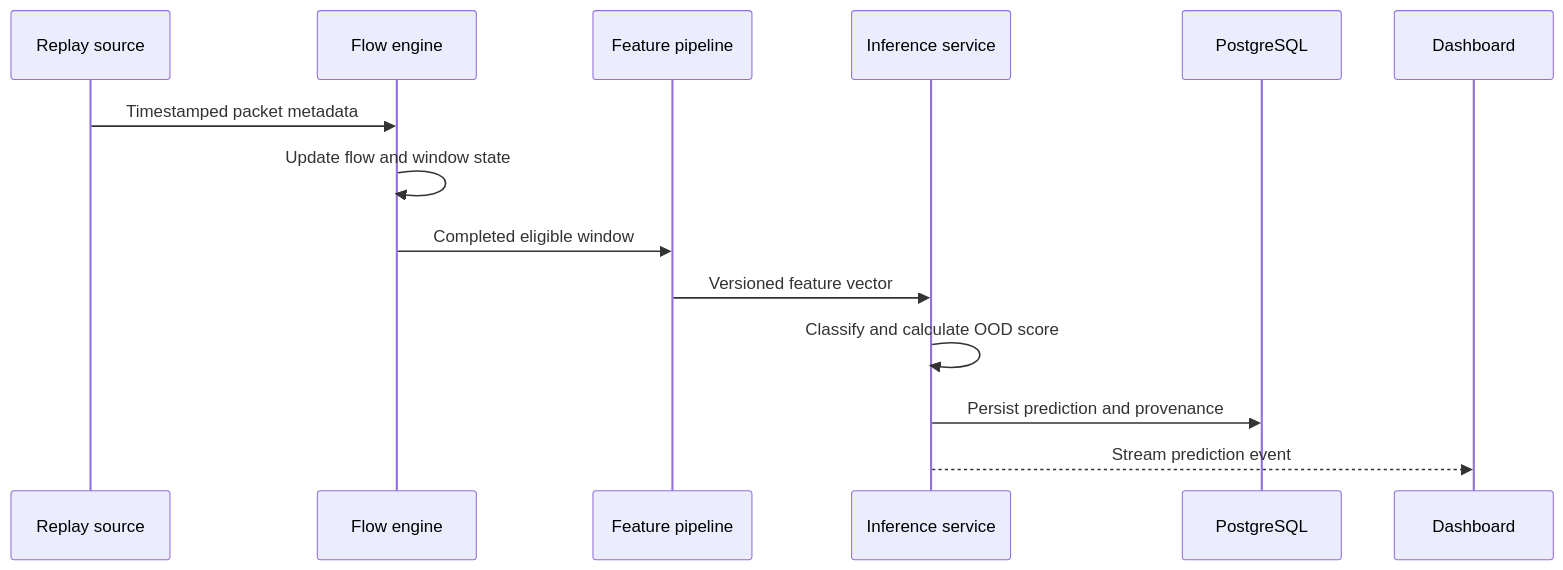
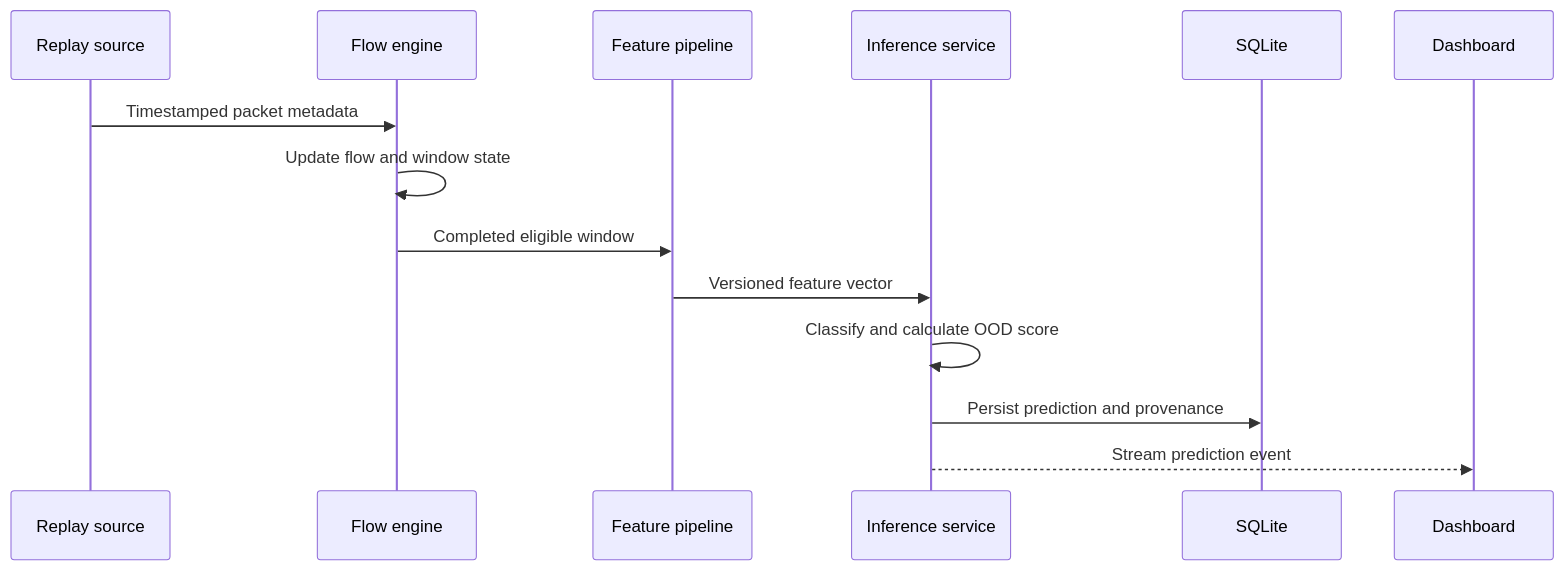
One commit to JCrossoverGithub/Parallax changed the third of 3 diagrams in docs/engineering-design.md. Above: the diagram before and after it, drawn with Mermaid. The commit also changed other lines of this file and 40 other files, not shown here.

````diff
--- a/docs/engineering-design.md
+++ b/docs/engineering-design.md
@@ -246,17 +246,17 @@
 ```mermaid
 sequenceDiagram
     participant Source as Replay source
     participant Flow as Flow engine
     participant Features as Feature pipeline
     participant Model as Inference service
-    participant Store as PostgreSQL
+    participant Store as SQLite
     participant UI as Dashboard
 
     Source->>Flow: Timestamped packet metadata
     Flow->>Flow: Update flow and window state
     Flow->>Features: Completed eligible window
     Features->>Model: Versioned feature vector
     Model->>Model: Classify and calculate OOD score
     Model->>Store: Persist prediction and provenance
     Model-->>UI: Stream prediction event
 ```
````
